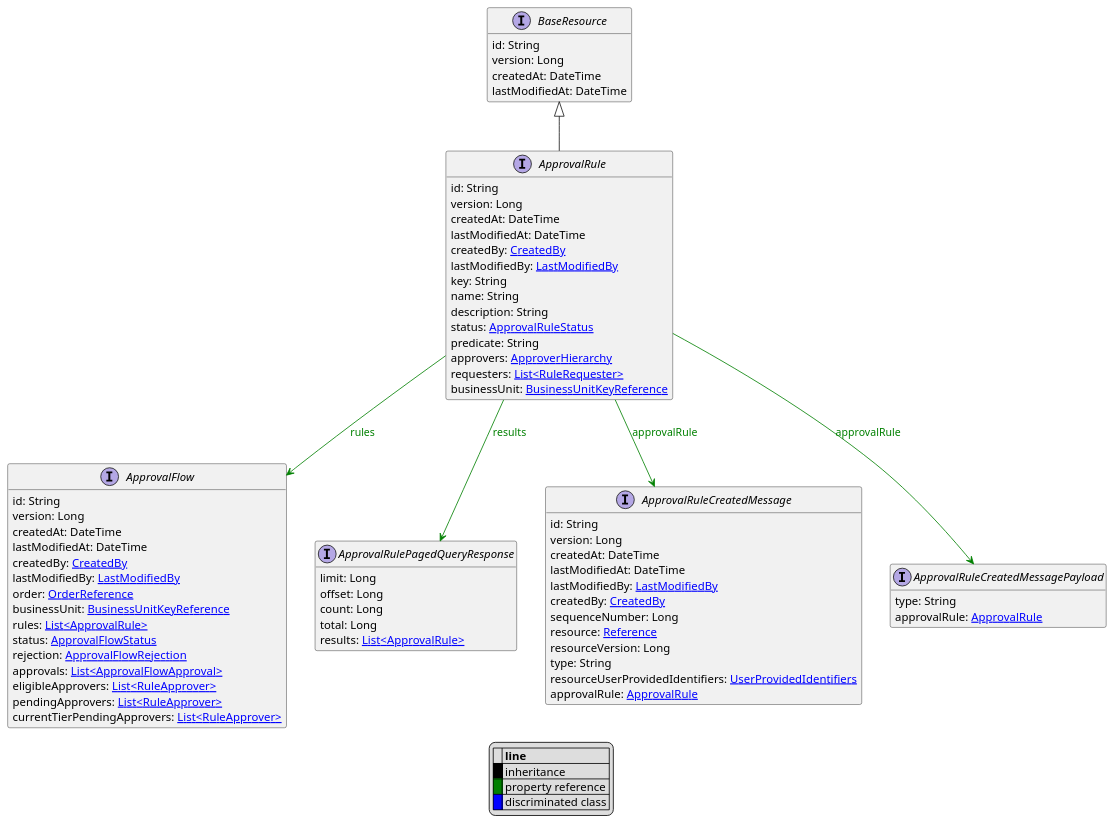
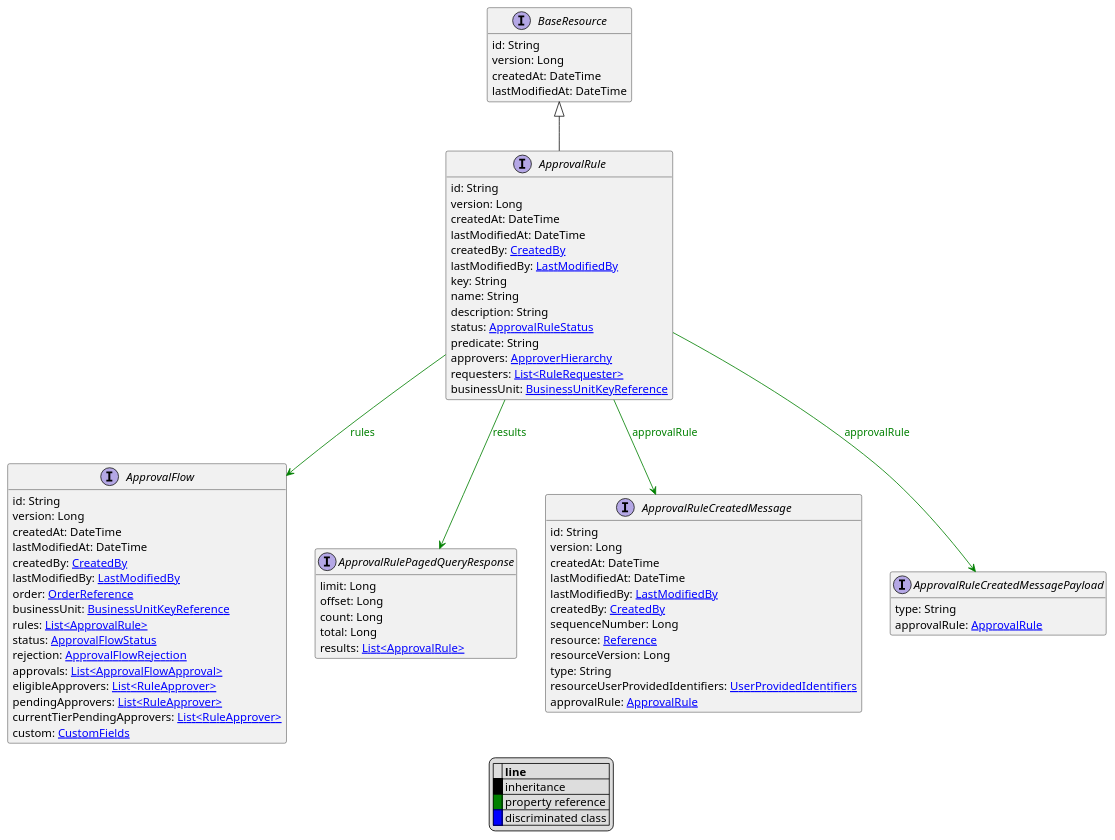
The diagram in uml/api/ApprovalRule.puml (commercetools/commercetools-api-reference), drawn with PlantUML before and after one commit. The commit also changed 38 other files, not shown here.

```diff
--- a/uml/api/ApprovalRule.puml
+++ b/uml/api/ApprovalRule.puml
@@ -1,82 +1,83 @@
 @startuml
 
 hide empty fields
 hide empty methods
 legend
 |= |= line |
 |<back:black>   </back>| inheritance |
 |<back:green>   </back>| property reference |
 |<back:blue>   </back>| discriminated class |
 endlegend
 interface ApprovalRule [[ApprovalRule.svg]] extends BaseResource {
     id: String
     version: Long
     createdAt: DateTime
     lastModifiedAt: DateTime
     createdBy: [[CreatedBy.svg CreatedBy]]
     lastModifiedBy: [[LastModifiedBy.svg LastModifiedBy]]
     key: String
     name: String
     description: String
     status: [[ApprovalRuleStatus.svg ApprovalRuleStatus]]
     predicate: String
     approvers: [[ApproverHierarchy.svg ApproverHierarchy]]
     requesters: [[RuleRequester.svg List<RuleRequester>]]
     businessUnit: [[BusinessUnitKeyReference.svg BusinessUnitKeyReference]]
 }
 interface BaseResource [[BaseResource.svg]]  {
     id: String
     version: Long
     createdAt: DateTime
     lastModifiedAt: DateTime
 }
 
 
 interface ApprovalFlow [[ApprovalFlow.svg]]  {
     id: String
     version: Long
     createdAt: DateTime
     lastModifiedAt: DateTime
     createdBy: [[CreatedBy.svg CreatedBy]]
     lastModifiedBy: [[LastModifiedBy.svg LastModifiedBy]]
     order: [[OrderReference.svg OrderReference]]
     businessUnit: [[BusinessUnitKeyReference.svg BusinessUnitKeyReference]]
     rules: [[ApprovalRule.svg List<ApprovalRule>]]
     status: [[ApprovalFlowStatus.svg ApprovalFlowStatus]]
     rejection: [[ApprovalFlowRejection.svg ApprovalFlowRejection]]
     approvals: [[ApprovalFlowApproval.svg List<ApprovalFlowApproval>]]
     eligibleApprovers: [[RuleApprover.svg List<RuleApprover>]]
     pendingApprovers: [[RuleApprover.svg List<RuleApprover>]]
     currentTierPendingApprovers: [[RuleApprover.svg List<RuleApprover>]]
+    custom: [[CustomFields.svg CustomFields]]
 }
 interface ApprovalRulePagedQueryResponse [[ApprovalRulePagedQueryResponse.svg]]  {
     limit: Long
     offset: Long
     count: Long
     total: Long
     results: [[ApprovalRule.svg List<ApprovalRule>]]
 }
 interface ApprovalRuleCreatedMessage [[ApprovalRuleCreatedMessage.svg]]  {
     id: String
     version: Long
     createdAt: DateTime
     lastModifiedAt: DateTime
     lastModifiedBy: [[LastModifiedBy.svg LastModifiedBy]]
     createdBy: [[CreatedBy.svg CreatedBy]]
     sequenceNumber: Long
     resource: [[Reference.svg Reference]]
     resourceVersion: Long
     type: String
     resourceUserProvidedIdentifiers: [[UserProvidedIdentifiers.svg UserProvidedIdentifiers]]
     approvalRule: [[ApprovalRule.svg ApprovalRule]]
 }
 interface ApprovalRuleCreatedMessagePayload [[ApprovalRuleCreatedMessagePayload.svg]]  {
     type: String
     approvalRule: [[ApprovalRule.svg ApprovalRule]]
 }
 
 ApprovalRule --> ApprovalFlow #green;text:green : "rules"
 ApprovalRule --> ApprovalRulePagedQueryResponse #green;text:green : "results"
 ApprovalRule --> ApprovalRuleCreatedMessage #green;text:green : "approvalRule"
 ApprovalRule --> ApprovalRuleCreatedMessagePayload #green;text:green : "approvalRule"
 @enduml
```
